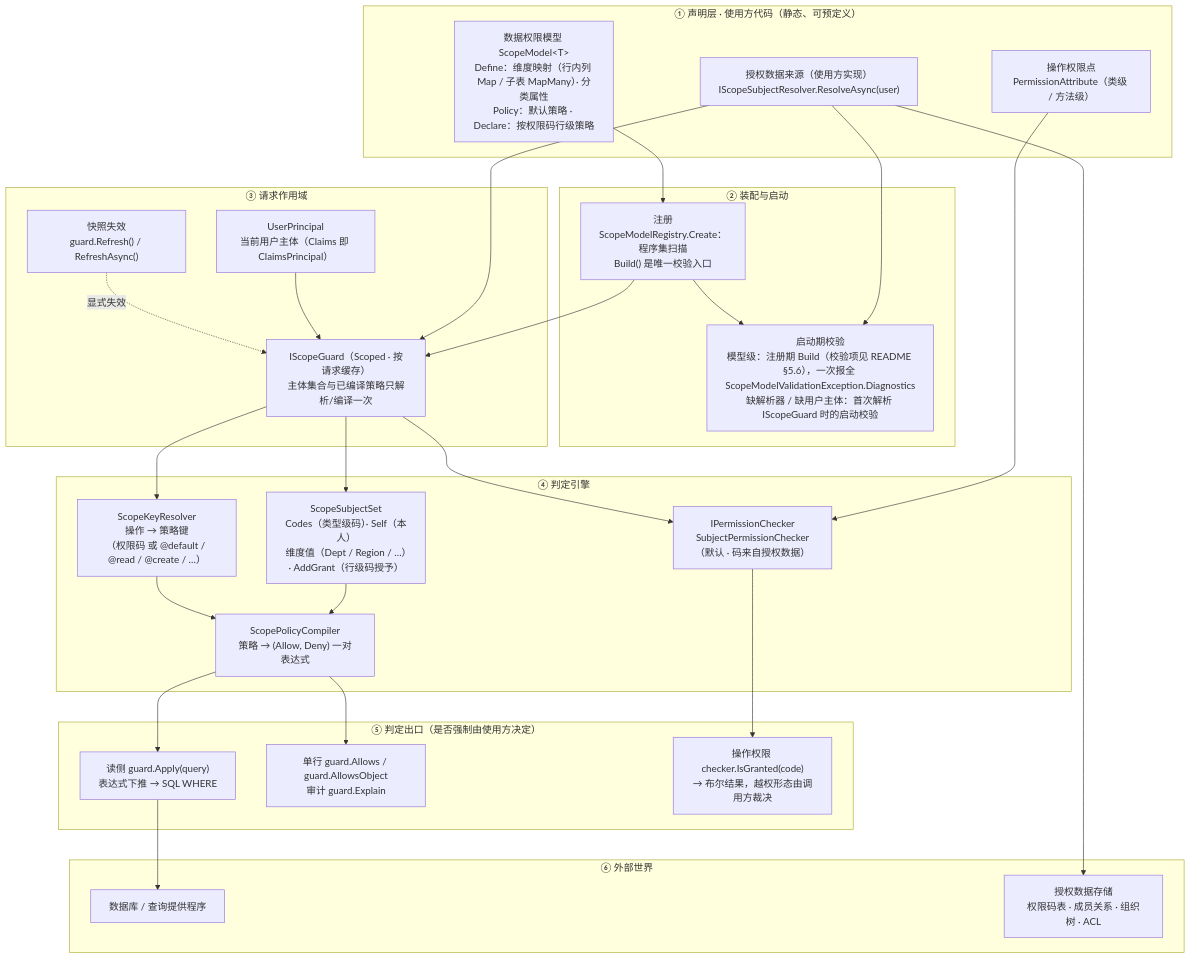
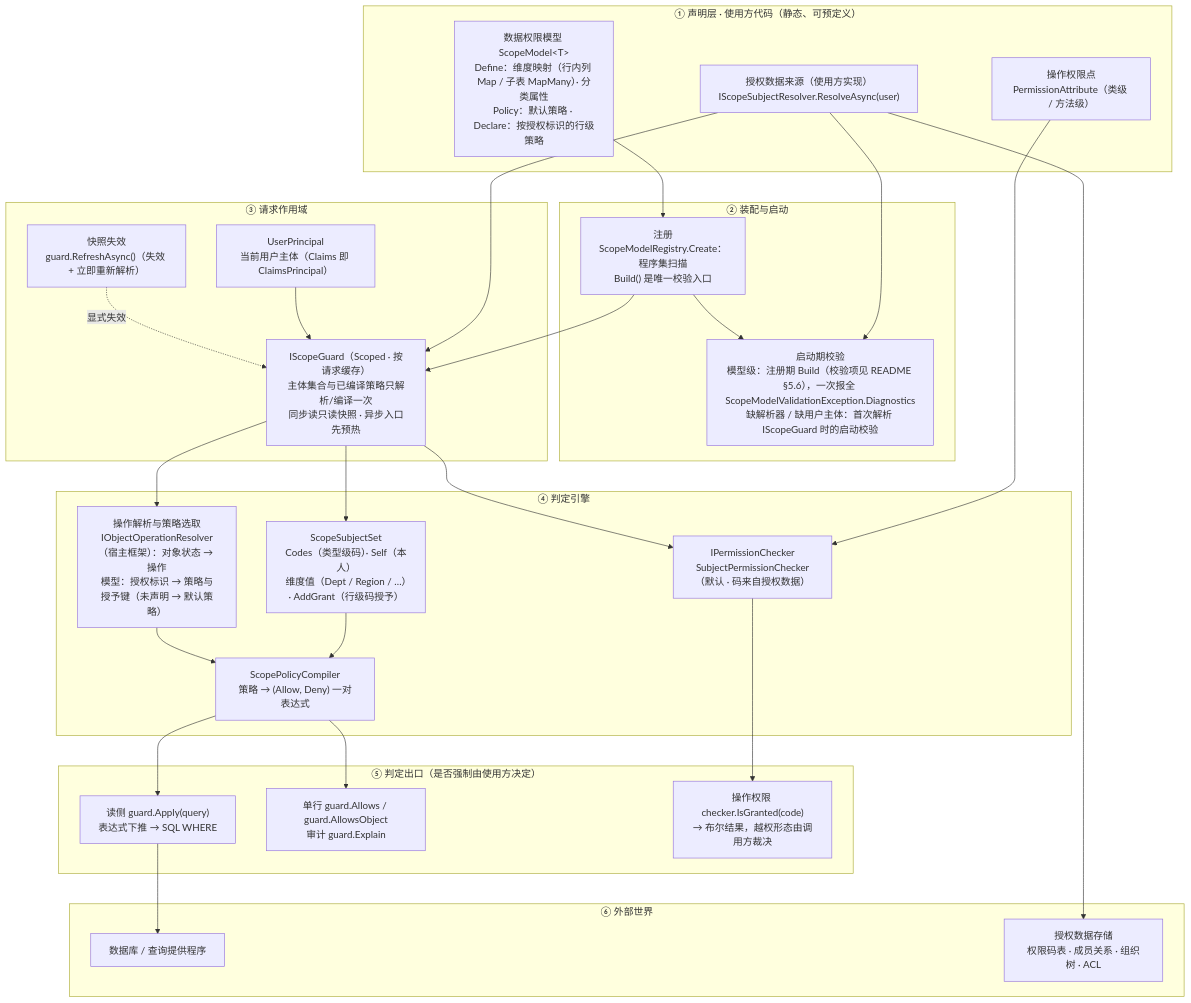
One commit to euonia-project/euonia-dotnet changed the diagram in Source/Euonia.Security/DESIGN.md. Above: the diagram before and after it, drawn with Mermaid. The commit also changed other lines of this file and 69 other files, not shown here.

````diff
--- a/Source/Euonia.Security/DESIGN.md
+++ b/Source/Euonia.Security/DESIGN.md
@@ -50,57 +50,57 @@
 ```mermaid
 graph TD
     subgraph A["① 声明层 · 使用方代码（静态、可预定义）"]
         A1["操作权限点<br/>PermissionAttribute（类级 / 方法级）"]
-        A2["数据权限模型 ScopeModel&lt;T&gt;<br/>Define：维度映射（行内列 Map / 子表 MapMany）· 分类属性<br/>Policy：默认策略 · Declare：按权限码行级策略"]
+        A2["数据权限模型 ScopeModel&lt;T&gt;<br/>Define：维度映射（行内列 Map / 子表 MapMany）· 分类属性<br/>Policy：默认策略 · Declare：按授权标识的行级策略"]
         A3["授权数据来源（使用方实现）<br/>IScopeSubjectResolver.ResolveAsync(user)"]
     end
 
     subgraph B["② 装配与启动"]
         B1["注册<br/>ScopeModelRegistry.Create：程序集扫描<br/>Build() 是唯一校验入口"]
         B2["启动期校验<br/>模型级：注册期 Build（校验项见 README §5.6），一次报全 ScopeModelValidationException.Diagnostics<br/>缺解析器 / 缺用户主体：首次解析 IScopeGuard 时的启动校验"]
     end
 
     subgraph C["③ 请求作用域"]
         C1["UserPrincipal<br/>当前用户主体（Claims 即 ClaimsPrincipal）"]
-        C2["IScopeGuard（Scoped · 按请求缓存）<br/>主体集合与已编译策略只解析/编译一次"]
-        C3["快照失效<br/>guard.Refresh() / RefreshAsync()"]
+        C2["IScopeGuard（Scoped · 按请求缓存）<br/>主体集合与已编译策略只解析/编译一次<br/>同步读只读快照 · 异步入口先预热"]
+        C3["快照失效<br/>guard.RefreshAsync()（失效 + 立即重新解析）"]
     end
 
     subgraph D["④ 判定引擎"]
         D1["ScopeSubjectSet<br/>Codes（类型级码）· Self（本人）<br/>维度值（Dept / Region / …）· AddGrant（行级码授予）"]
-        D2["ScopeKeyResolver<br/>操作 → 策略键<br/>（权限码 或 @default / @read / @create / …）"]
+        D2["操作解析与策略选取<br/>IObjectOperationResolver（宿主框架）：对象状态 → 操作<br/>模型：授权标识 → 策略与授予键（未声明 → 默认策略）"]
         D3["ScopePolicyCompiler<br/>策略 → (Allow, Deny) 一对表达式"]
         D4["IPermissionChecker<br/>SubjectPermissionChecker（默认 · 码来自授权数据）"]
     end
 
     subgraph E["⑤ 判定出口（是否强制由使用方决定）"]
         E1["读侧 guard.Apply(query)<br/>表达式下推 → SQL WHERE"]
         E2["单行 guard.Allows / guard.AllowsObject<br/>审计 guard.Explain"]
         E3["操作权限 checker.IsGranted(code)<br/>→ 布尔结果，越权形态由调用方裁决"]
     end
 
     subgraph F["⑥ 外部世界"]
         F1["数据库 / 查询提供程序"]
         F2["授权数据存储<br/>权限码表 · 成员关系 · 组织树 · ACL"]
     end
 
     A1 --> D4
     A2 --> B1
     A3 --> B2
     A3 --> C2
     A3 --> F2
 
     B1 --> B2
     B1 --> C2
     C1 --> C2
     C2 --> D1
     C2 --> D2
     C2 --> D4
     D1 --> D3
     D2 --> D3
     D3 --> E1
     D3 --> E2
     D4 --> E3
     E1 --> F1
     C3 -. 显式失效 .-> C2
 ```
````
